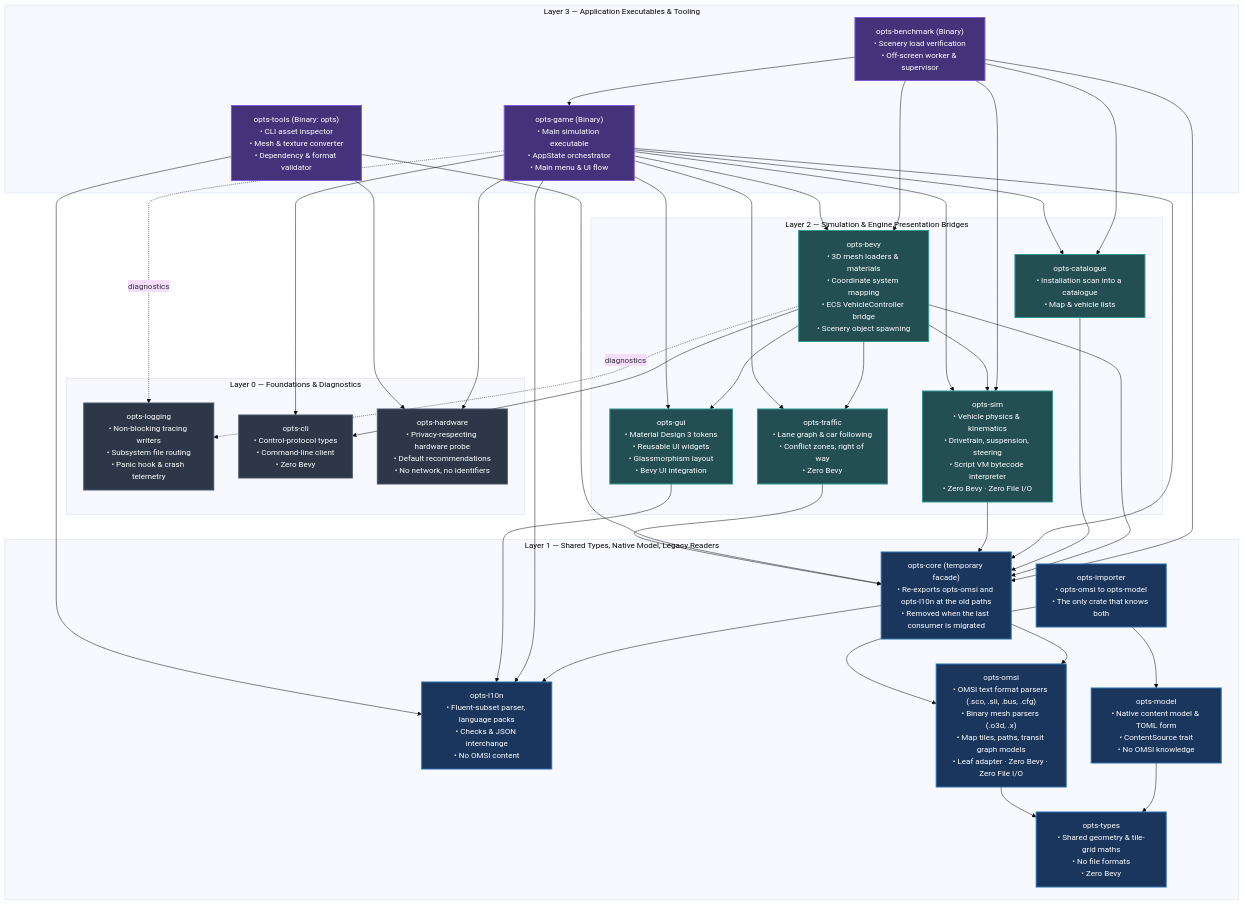
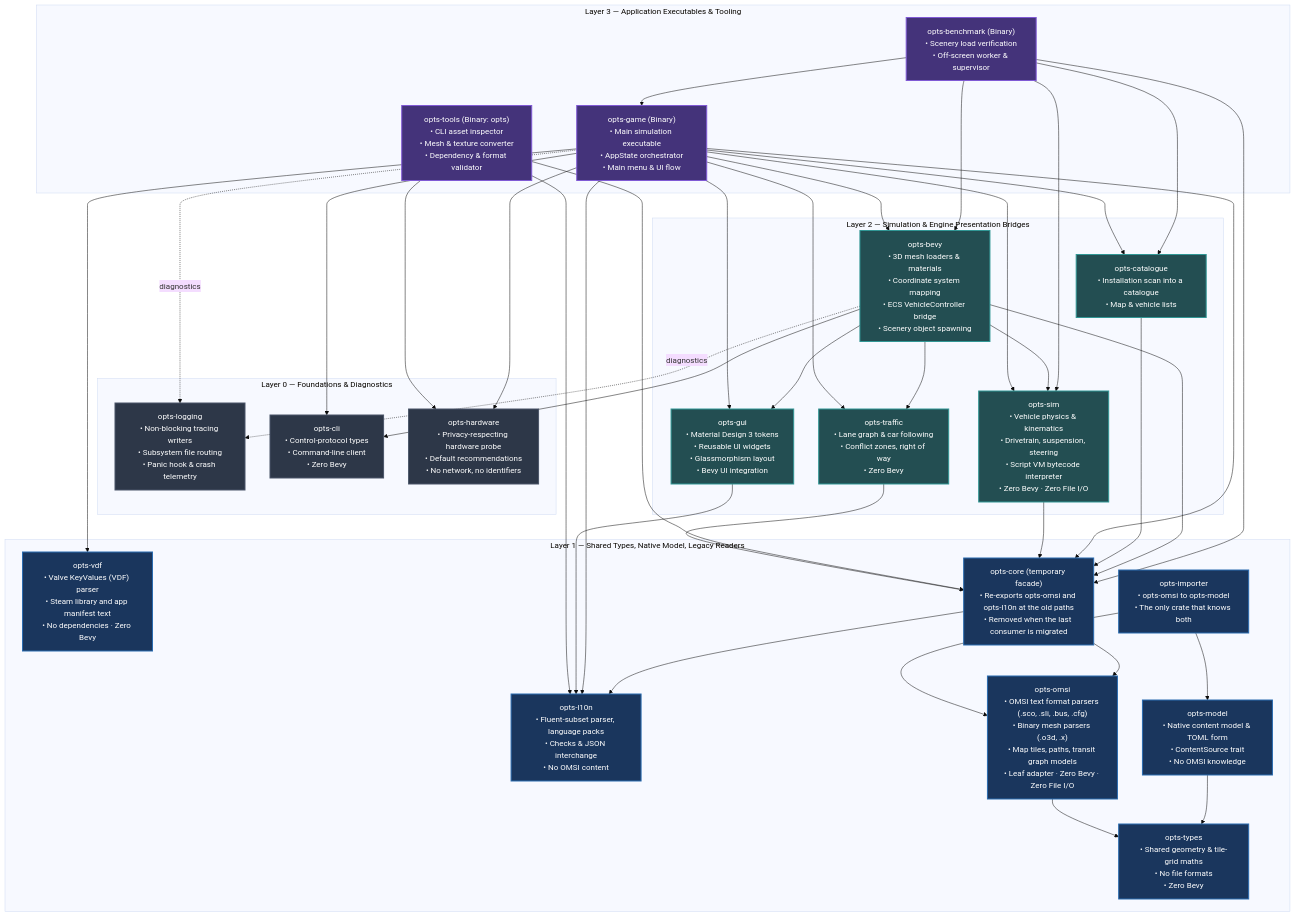
One commit to louisgoodnews/opts changed the diagram in docs/src/architecture/crate-graph.md. Above: the diagram before and after it, drawn with Mermaid (base theme). The commit also changed other lines of this file and 11 other files, not shown here.

Commit message:
refactor(opts-game): move the Valve KeyValues parser into the new opts-vdf crate (ISS-034 budget room; opts-game budget kept)

````diff
--- a/docs/src/architecture/crate-graph.md
+++ b/docs/src/architecture/crate-graph.md
@@ -11,76 +11,78 @@
 ```mermaid
 graph TD
     classDef foundation fill:#2d3748,stroke:#4a5568,stroke-width:2px,color:#fff;
     classDef domain fill:#1a365d,stroke:#2b6cb0,stroke-width:2px,color:#fff;
     classDef bridge fill:#234e52,stroke:#319795,stroke-width:2px,color:#fff;
     classDef app fill:#44337a,stroke:#805ad5,stroke-width:2px,color:#fff;
 
     %% Layer 0: Foundations
     subgraph L0 ["Layer 0 — Foundations & Diagnostics"]
         opts_logging["opts-logging<br/>• Non-blocking tracing writers<br/>• Subsystem file routing<br/>• Panic hook & crash telemetry"]:::foundation
         opts_cli["opts-cli<br/>• Control-protocol types<br/>• Command-line client<br/>• Zero Bevy"]:::foundation
         opts_hardware["opts-hardware<br/>• Privacy-respecting hardware probe<br/>• Default recommendations<br/>• No network, no identifiers"]:::foundation
     end
 
     %% Layer 1: Domain Core & Parsers
     subgraph L1 ["Layer 1 — Shared Types, Native Model, Legacy Readers"]
         opts_types["opts-types<br/>• Shared geometry & tile-grid maths<br/>• No file formats<br/>• Zero Bevy"]:::domain
         opts_l10n["opts-l10n<br/>• Fluent-subset parser, language packs<br/>• Checks & JSON interchange<br/>• No OMSI content"]:::domain
         opts_omsi["opts-omsi<br/>• OMSI text format parsers (.sco, .sli, .bus, .cfg)<br/>• Binary mesh parsers (.o3d, .x)<br/>• Map tiles, paths, transit graph models<br/>• Leaf adapter · Zero Bevy · Zero File I/O"]:::domain
+        opts_vdf["opts-vdf<br/>• Valve KeyValues (VDF) parser<br/>• Steam library and app manifest text<br/>• No dependencies · Zero Bevy"]:::domain
         opts_model["opts-model<br/>• Native content model & TOML form<br/>• ContentSource trait<br/>• No OMSI knowledge"]:::domain
         opts_importer["opts-importer<br/>• opts-omsi to opts-model<br/>• The only crate that knows both"]:::domain
         opts_core["opts-core (temporary facade)<br/>• Re-exports opts-omsi and opts-l10n at the old paths<br/>• Removed when the last consumer is migrated"]:::domain
     end
 
     %% Layer 2: Domain Simulation & Engine Bridges
     subgraph L2 ["Layer 2 — Simulation & Engine Presentation Bridges"]
         opts_sim["opts-sim<br/>• Vehicle physics & kinematics<br/>• Drivetrain, suspension, steering<br/>• Script VM bytecode interpreter<br/>• Zero Bevy · Zero File I/O"]:::bridge
         opts_traffic["opts-traffic<br/>• Lane graph & car following<br/>• Conflict zones, right of way<br/>• Zero Bevy"]:::bridge
         opts_catalogue["opts-catalogue<br/>• Installation scan into a catalogue<br/>• Map & vehicle lists"]:::bridge
         opts_gui["opts-gui<br/>• Material Design 3 tokens<br/>• Reusable UI widgets<br/>• Glassmorphism layout<br/>• Bevy UI integration"]:::bridge
         opts_bevy["opts-bevy<br/>• 3D mesh loaders & materials<br/>• Coordinate system mapping<br/>• ECS VehicleController bridge<br/>• Scenery object spawning"]:::bridge
     end
 
     %% Layer 3: Application Executables & Tools
     subgraph L3 ["Layer 3 — Application Executables & Tooling"]
         opts_game["opts-game (Binary)<br/>• Main simulation executable<br/>• AppState orchestrator<br/>• Main menu & UI flow"]:::app
         opts_benchmark["opts-benchmark (Binary)<br/>• Scenery load verification<br/>• Off-screen worker & supervisor"]:::app
         opts_tools["opts-tools (Binary: opts)<br/>• CLI asset inspector<br/>• Mesh & texture converter<br/>• Dependency & format validator"]:::app
     end
 
     %% Dependencies
     opts_benchmark --> opts_bevy
     opts_benchmark --> opts_catalogue
     opts_benchmark --> opts_core
     opts_benchmark --> opts_game
     opts_benchmark --> opts_sim
     opts_bevy --> opts_cli
     opts_bevy --> opts_core
     opts_bevy --> opts_gui
     opts_bevy -.->|diagnostics| opts_logging
     opts_bevy --> opts_sim
     opts_bevy --> opts_traffic
     opts_catalogue --> opts_core
     opts_core --> opts_l10n
     opts_core --> opts_omsi
     opts_game --> opts_bevy
     opts_game --> opts_catalogue
     opts_game --> opts_cli
     opts_game --> opts_core
     opts_game --> opts_gui
     opts_game --> opts_hardware
     opts_game --> opts_l10n
     opts_game -.->|diagnostics| opts_logging
     opts_game --> opts_sim
     opts_game --> opts_traffic
+    opts_game --> opts_vdf
     opts_gui --> opts_l10n
     opts_importer --> opts_model
     opts_importer --> opts_omsi
     opts_model --> opts_types
     opts_omsi --> opts_types
     opts_sim --> opts_core
     opts_tools --> opts_core
     opts_tools --> opts_hardware
     opts_tools --> opts_l10n
     opts_traffic --> opts_core
 ```
````
